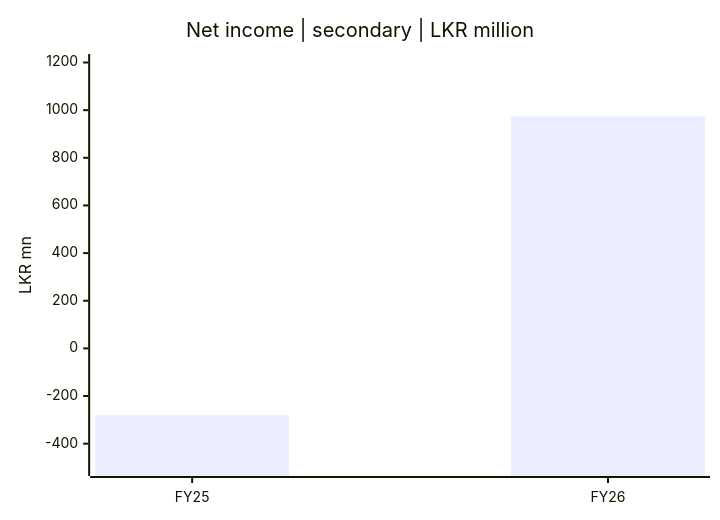
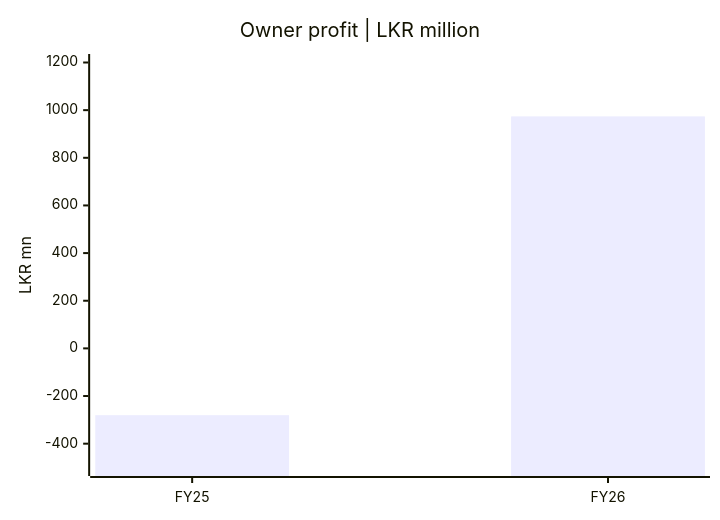
The second of 4 diagrams in reports/financial-pulse.md (Gajarthan/SCAP-N0000-Research), drawn with Mermaid before and after one commit. The commit also changed other lines of this file and 5 other files, not shown here.

Commit message:
research: reconcile FY25-FY26 SCAP financial charts and snapshots against original CSE interim statements in EN/TA/SI

````diff
--- a/reports/financial-pulse.md
+++ b/reports/financial-pulse.md
@@ -21,7 +23,7 @@
 ```mermaid
 xychart-beta
-  title "Net income | secondary | LKR million"
+  title "Owner profit | LKR million"
   x-axis ["FY25", "FY26"]
   y-axis "LKR mn" -500 --> 1200
   bar [-280.42, 973.77]
 ```
````
